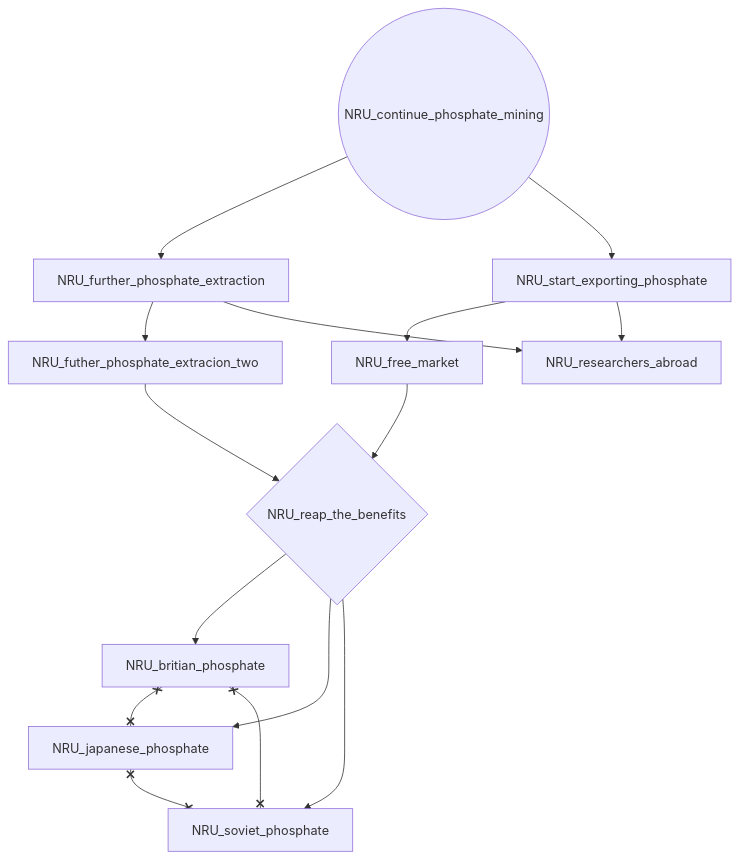
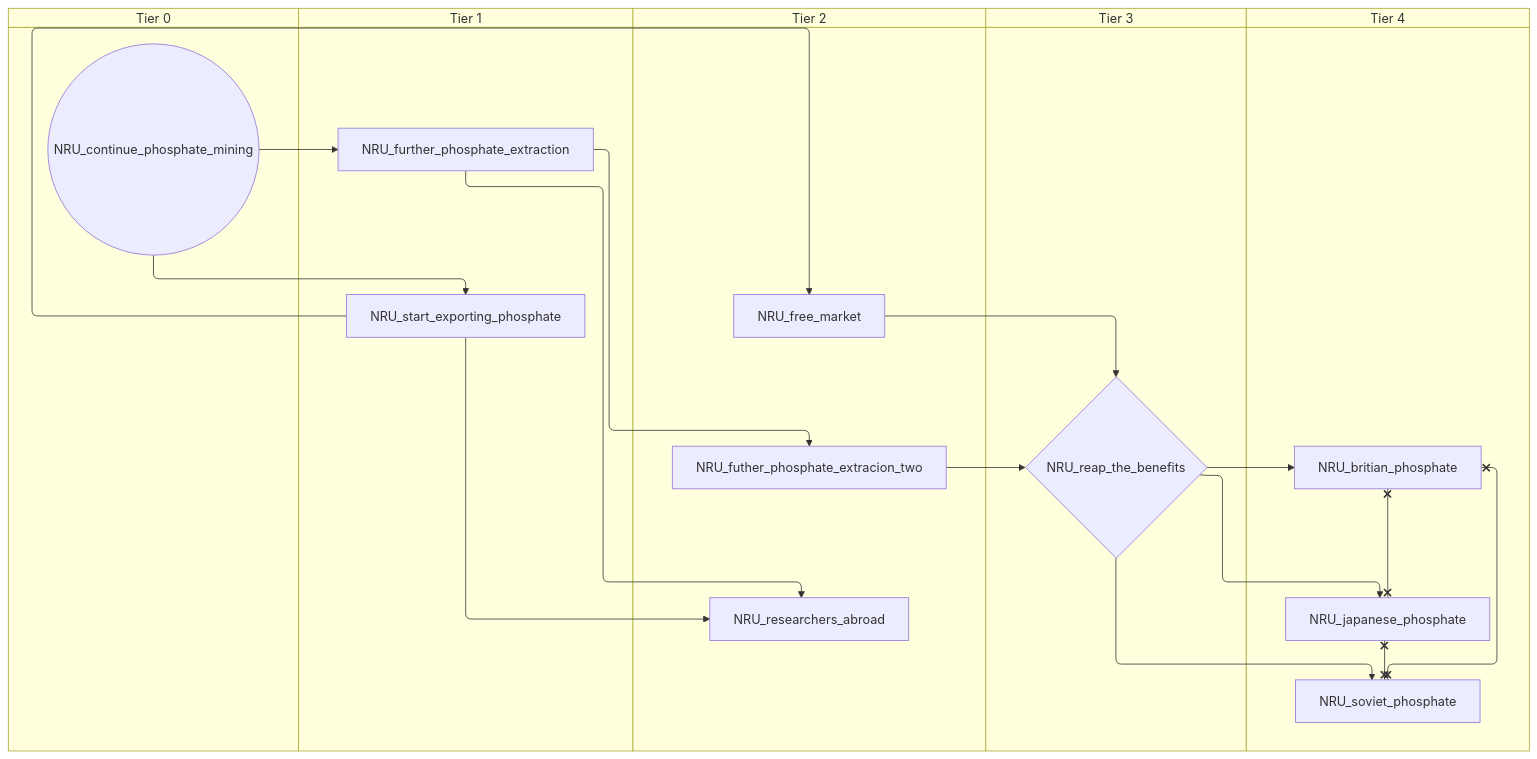
The first of 3 diagrams in docs/gdd/National Focuses/r56/nauru.md (evgeny-sobol/hoi4-sandbox-mode-r56), drawn with Mermaid before and after one commit. The commit also changed other lines of this file and 423 other files, not shown here.

First line of the commit message:
Re-export Rt56 focus trees as swimlane diagrams

````diff
--- a/docs/gdd/National Focuses/r56/nauru.md
+++ b/docs/gdd/National Focuses/r56/nauru.md
@@ -3,27 +3,37 @@
 ```mermaid
-flowchart TD
-    n1["NRU_britian_phosphate"]
-    n2(("NRU_continue_phosphate_mining"))
-    n3["NRU_free_market"]
-    n4["NRU_further_phosphate_extraction"]
-    n5["NRU_futher_phosphate_extracion_two"]
-    n6["NRU_japanese_phosphate"]
-    n7{"NRU_reap_the_benefits"}
-    n8["NRU_researchers_abroad"]
-    n9["NRU_soviet_phosphate"]
-    n10["NRU_start_exporting_phosphate"]
-    n7 --> n1
-    n10 --> n3
-    n2 --> n4
-    n4 --> n5
-    n7 --> n6
-    n3 --> n7
+swimlane-beta TD
+    subgraph tier_0["Tier 0"]
+        n1(("NRU_continue_phosphate_mining"))
+    end
+    subgraph tier_1["Tier 1"]
+        n2["NRU_further_phosphate_extraction"]
+        n3["NRU_start_exporting_phosphate"]
+    end
+    subgraph tier_2["Tier 2"]
+        n4["NRU_free_market"]
+        n5["NRU_futher_phosphate_extracion_two"]
+        n6["NRU_researchers_abroad"]
+    end
+    subgraph tier_3["Tier 3"]
+        n7{"NRU_reap_the_benefits"}
+    end
+    subgraph tier_4["Tier 4"]
+        n8["NRU_britian_phosphate"]
+        n9["NRU_japanese_phosphate"]
+        n10["NRU_soviet_phosphate"]
+    end
+    n7 --> n8
+    n3 --> n4
+    n1 --> n2
+    n2 --> n5
+    n7 --> n9
+    n4 --> n7
     n5 --> n7
-    n4 --> n8
-    n10 --> n8
-    n7 --> n9
-    n2 --> n10
-    n1 x--x n6
-    n1 x--x n9
-    n6 x--x n9
+    n2 --> n6
+    n3 --> n6
+    n7 --> n10
+    n1 --> n3
+    n8 x--x n9
+    n8 x--x n10
+    n9 x--x n10
 ```
````
